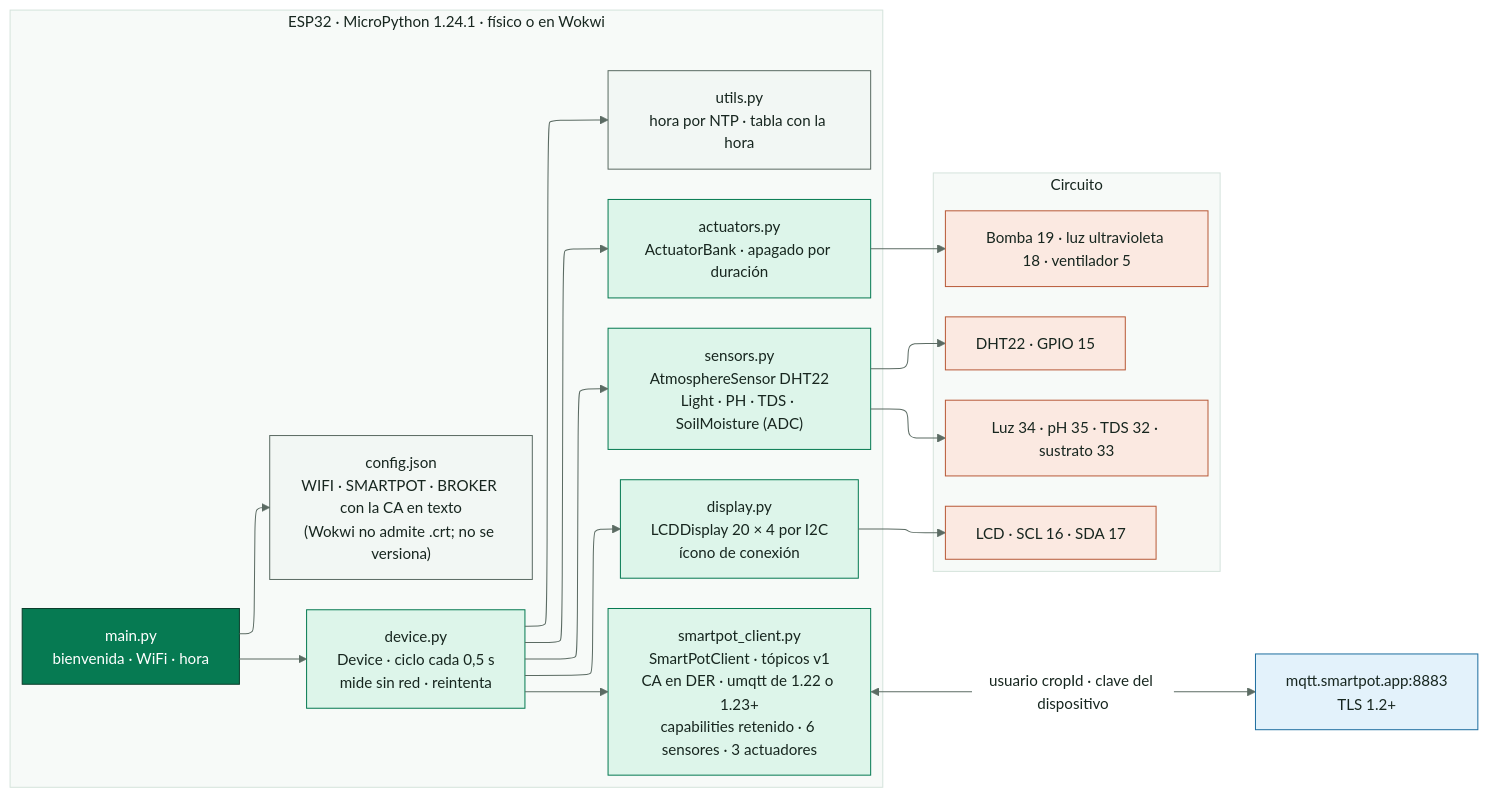
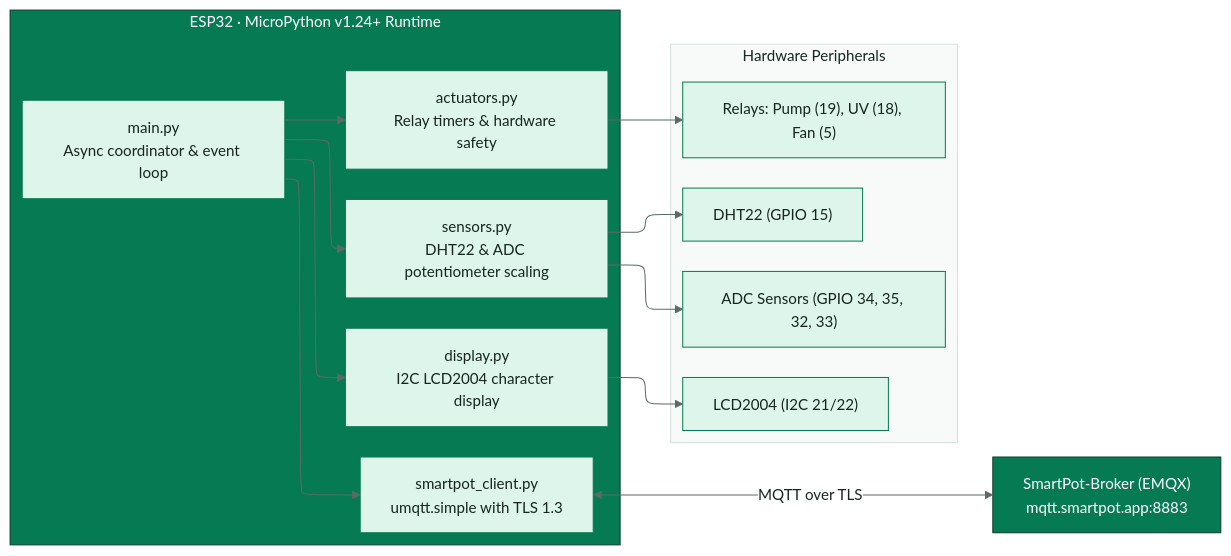
The diagram in docs/diagrams/SmartPot_IoT_Global_Component.mmd (SmartPotTech/SmartPot-IoT-Python), drawn with Mermaid before and after one commit. The commit also changed 12 other files, not shown here.

Commit message:
docs(specs): synchronize 100% english documentation, diagrams, and formal deliverables

```diff
--- a/docs/diagrams/SmartPot_IoT_Global_Component.mmd
+++ b/docs/diagrams/SmartPot_IoT_Global_Component.mmd
@@ -1,39 +1,27 @@
 %%{init: {"theme": "base", "fontFamily": "Segoe UI, Arial, sans-serif", "themeVariables": {"fontFamily": "Segoe UI, Arial, sans-serif", "fontSize": "15px", "primaryColor": "#DDF5EA", "primaryTextColor": "#17261F", "primaryBorderColor": "#067A52", "secondaryColor": "#E3F2FB", "secondaryTextColor": "#17261F", "secondaryBorderColor": "#1F6FA0", "tertiaryColor": "#F2F7F4", "tertiaryTextColor": "#17261F", "tertiaryBorderColor": "#D5E3DC", "lineColor": "#5B6B63", "textColor": "#17261F", "mainBkg": "#DDF5EA", "nodeBorder": "#067A52", "clusterBkg": "#F7FAF8", "clusterBorder": "#D5E3DC", "edgeLabelBackground": "#FFFFFF", "actorBkg": "#067A52", "actorBorder": "#0B3D2B", "actorTextColor": "#FFFFFF", "actorLineColor": "#5B6B63", "signalColor": "#17261F", "signalTextColor": "#17261F", "labelBoxBkgColor": "#0B3D2B", "labelBoxBorderColor": "#0B3D2B", "labelTextColor": "#FFFFFF", "loopTextColor": "#0B3D2B", "noteBkgColor": "#FDF4DD", "noteBorderColor": "#C98D12", "noteTextColor": "#17261F", "activationBkgColor": "#DDF5EA", "activationBorderColor": "#067A52", "attributeBackgroundColorOdd": "#FFFFFF", "attributeBackgroundColorEven": "#F2F7F4"}, "layout": "elk", "elk": {"nodePlacementStrategy": "BRANDES_KOEPF", "mergeEdges": false, "cycleBreakingStrategy": "GREEDY"}}}%%
 flowchart LR
-  subgraph esp["ESP32 · MicroPython 1.24.1 · físico o en Wokwi"]
+  broker["SmartPot-Broker (EMQX)<br/>mqtt.smartpot.app:8883"]
+  subgraph esp["ESP32 · MicroPython v1.24+ Runtime"]
     direction TB
-    main["main.py<br/>bienvenida · WiFi · hora"]
-    device["device.py<br/>Device · ciclo cada 0,5 s<br/>mide sin red · reintenta"]
-    config["config.json<br/>WIFI · SMARTPOT · BROKER con la CA en texto<br/>(Wokwi no admite .crt; no se versiona)"]
-    client["smartpot_client.py<br/>SmartPotClient · tópicos v1<br/>CA en DER · umqtt de 1.22 o 1.23+<br/>capabilities retenido · 6 sensores · 3 actuadores"]
-    sensors["sensors.py<br/>AtmosphereSensor DHT22<br/>Light · PH · TDS · SoilMoisture (ADC)"]
-    actuators["actuators.py<br/>ActuatorBank · apagado por duración"]
-    display["display.py<br/>LCDDisplay 20 × 4 por I2C<br/>ícono de conexión"]
-    utils["utils.py<br/>hora por NTP · tabla con la hora"]
+    main["main.py<br/>Async coordinator & event loop"]
+    client["smartpot_client.py<br/>umqtt.simple with TLS 1.3"]
+    sensors["sensors.py<br/>DHT22 & ADC potentiometer scaling"]
+    actuators["actuators.py<br/>Relay timers & hardware safety"]
+    display["display.py<br/>I2C LCD2004 character display"]
   end
-  subgraph hw["Circuito"]
+  subgraph hw["Hardware Peripherals"]
     direction TB
-    dht["DHT22 · GPIO 15"]
-    adc["Luz 34 · pH 35 · TDS 32 · sustrato 33"]
-    outs["Bomba 19 · luz ultravioleta 18 · ventilador 5"]
-    lcd["LCD · SCL 16 · SDA 17"]
+    dht["DHT22 (GPIO 15)"]
+    adc["ADC Sensors (GPIO 34, 35, 32, 33)"]
+    relays["Relays: Pump (19), UV (18), Fan (5)"]
+    lcd["LCD2004 (I2C 21/22)"]
   end
-  broker["mqtt.smartpot.app:8883<br/>TLS 1.2+"]
-  main --> config & device
-  device --> client & sensors & actuators & display & utils
+  main --> client & sensors & actuators & display
   sensors --> dht & adc
-  actuators --> outs
+  actuators --> relays
   display --> lcd
-  client <-->|"usuario cropId · clave del dispositivo"| broker
+  client <-->|"MQTT over TLS"| broker
+  classDef core fill:#067A52,stroke:#0B3D2B,color:#FFFFFF
   classDef leaf fill:#DDF5EA,stroke:#067A52,color:#17261F
-  classDef water fill:#E3F2FB,stroke:#1F6FA0,color:#17261F
-  classDef sun fill:#FDF4DD,stroke:#C98D12,color:#17261F
-  classDef clay fill:#FBE9E1,stroke:#B85A38,color:#17261F
-  classDef core fill:#067A52,stroke:#0B3D2B,color:#FFFFFF
-  classDef deep fill:#0B3D2B,stroke:#06281C,color:#FFFFFF
-  classDef muted fill:#F2F7F4,stroke:#5B6B63,color:#17261F
-  class main core
-  class config,utils muted
-  class client,sensors,actuators,display,device leaf
-  class dht,adc,outs,lcd clay
-  class broker water
+  class broker,esp core
+  class main,client,sensors,actuators,display leaf
```
